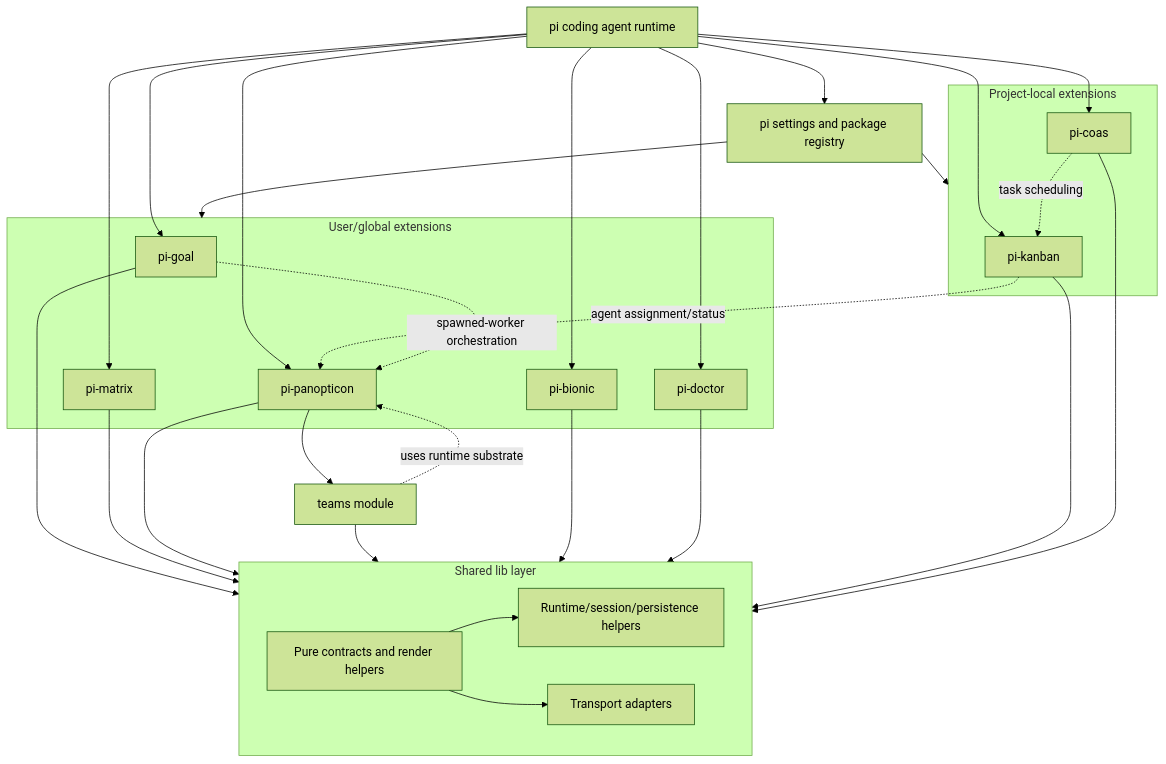
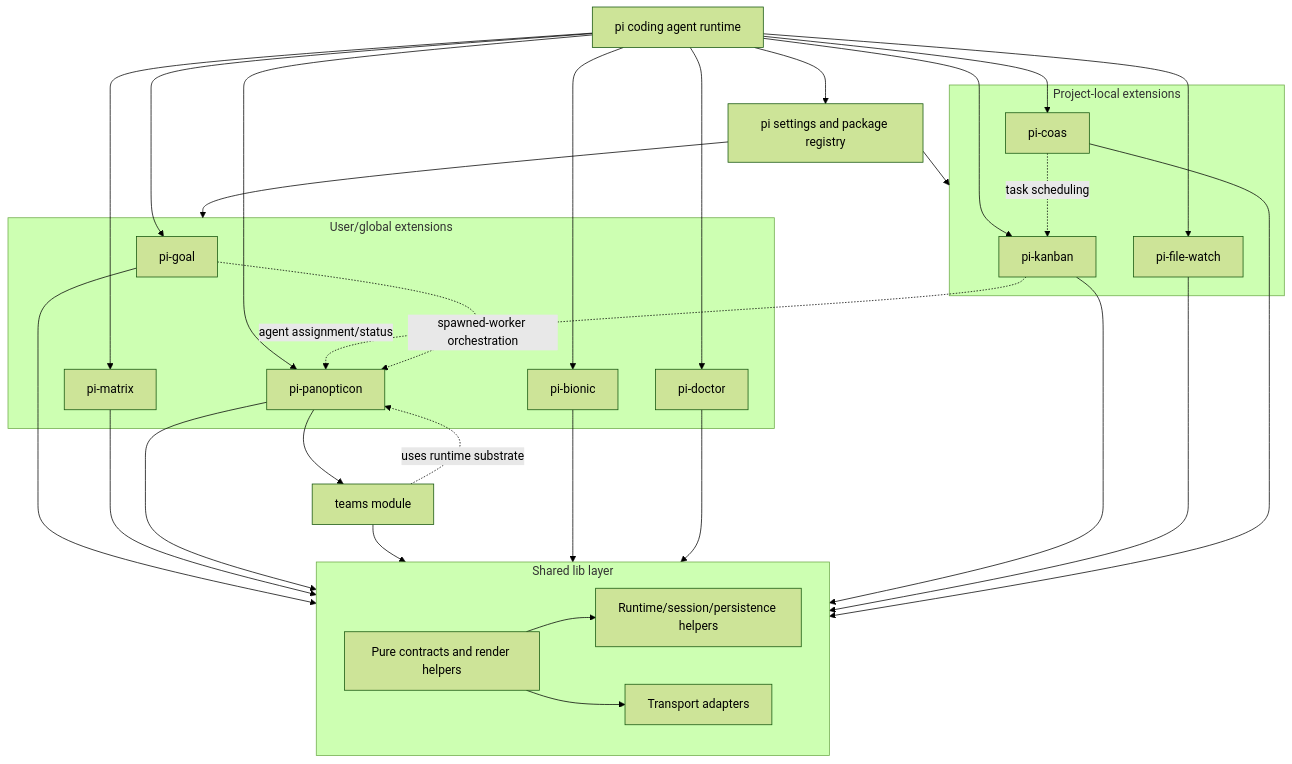
The first of 13 diagrams in docs/architecture.md (tS7hKamAYL84j91/pi-tools-and-skills), drawn with Mermaid (forest theme) before and after one commit. The commit also changed other lines of this file and 12 other files, not shown here.

````diff
--- a/docs/architecture.md
+++ b/docs/architecture.md
@@ -57,50 +57,53 @@
 ```mermaid
 flowchart TD
   Pi[pi coding agent runtime] --> Settings[pi settings and package registry]
   Settings --> GlobalExt[User/global extensions]
   Settings --> ProjectExt[Project-local extensions]
 
   subgraph SharedLib[Shared lib layer]
     Core[Pure contracts and render helpers]
     Runtime[Runtime/session/persistence helpers]
     Transports[Transport adapters]
     Core --> Runtime
     Core --> Transports
   end
 
   subgraph GlobalExt[User/global extensions]
     Goal[pi-goal]
     Matrix[pi-matrix]
     Panopticon[pi-panopticon]
     Bionic[pi-bionic]
     Doctor[pi-doctor]
   end
 
   subgraph ProjectExt[Project-local extensions]
     Kanban[pi-kanban]
+    FileWatch[pi-file-watch]
     COAS[pi-coas]
   end
 
   Pi --> Goal
   Pi --> Matrix
   Pi --> Panopticon
   Panopticon --> TeamsModule[teams module]
   Pi --> Bionic
   Pi --> Doctor
   Pi --> Kanban
+  Pi --> FileWatch
   Pi --> COAS
 
   Goal --> SharedLib
   Matrix --> SharedLib
   Panopticon --> SharedLib
   TeamsModule --> SharedLib
   Bionic --> SharedLib
   Doctor --> SharedLib
   Kanban --> SharedLib
+  FileWatch --> SharedLib
   COAS --> SharedLib
 
   TeamsModule -. uses runtime substrate .-> Panopticon
   Kanban -. agent assignment/status .-> Panopticon
   Goal -. spawned-worker orchestration .-> Panopticon
   COAS -. task scheduling .-> Kanban
 ```
````
